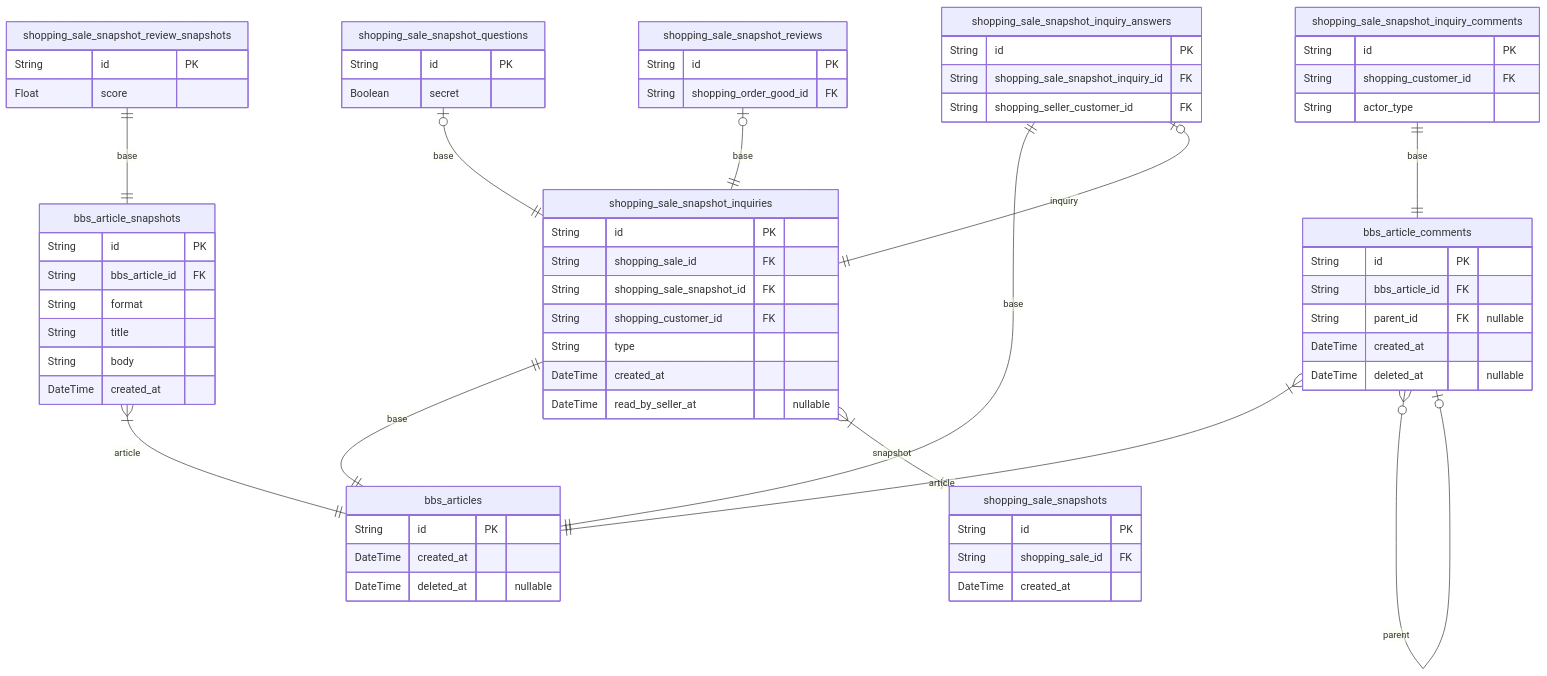
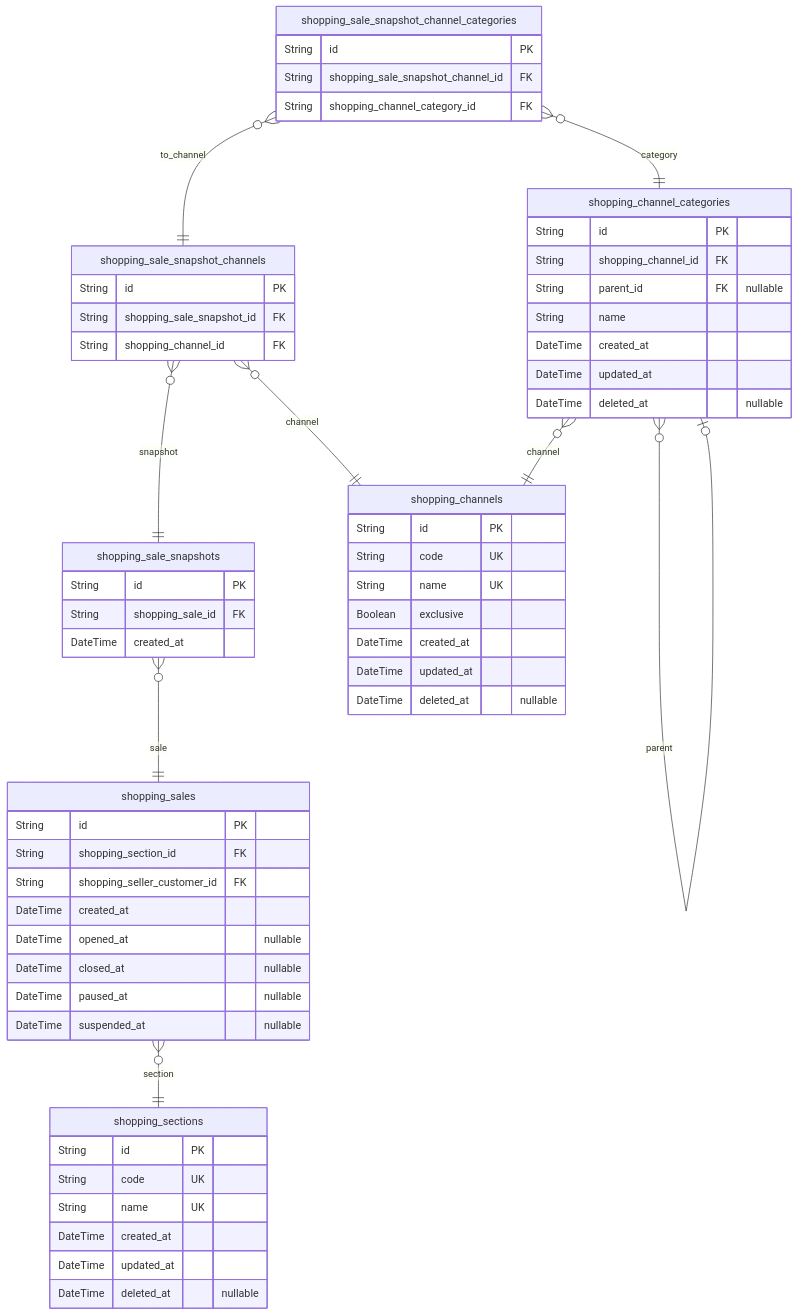
The second of 10 diagrams in docs/ERD.md (samchon/shopping-backend), drawn with Mermaid before and after one commit. The commit also changed other lines of this file and 75 other files, not shown here.

````diff
--- a/docs/ERD.md
+++ b/docs/ERD.md
@@ -235,70 +235,62 @@
 ```mermaid
 erDiagram
-"bbs_articles" {
+"shopping_channels" {
     String id PK
+    String code UK
+    String name UK
+    Boolean exclusive
     DateTime created_at
+    DateTime updated_at
     DateTime deleted_at "nullable"
 }
-"bbs_article_snapshots" {
+"shopping_channel_categories" {
     String id PK
-    String bbs_article_id FK
-    String format
-    String title
-    String body
+    String shopping_channel_id FK
+    String parent_id FK "nullable"
+    String name
     DateTime created_at
+    DateTime updated_at
+    DateTime deleted_at "nullable"
 }
-"bbs_article_comments" {
+"shopping_sections" {
     String id PK
-    String bbs_article_id FK
-    String parent_id FK "nullable"
+    String code UK
+    String name UK
     DateTime created_at
+    DateTime updated_at
     DateTime deleted_at "nullable"
+}
+"shopping_sales" {
+    String id PK
+    String shopping_section_id FK
+    String shopping_seller_customer_id FK
+    DateTime created_at
+    DateTime opened_at "nullable"
+    DateTime closed_at "nullable"
+    DateTime paused_at "nullable"
+    DateTime suspended_at "nullable"
 }
 "shopping_sale_snapshots" {
     String id PK
     String shopping_sale_id FK
     DateTime created_at
 }
-"shopping_sale_snapshot_inquiries" {
+"shopping_sale_snapshot_channels" {
     String id PK
-    String shopping_sale_id FK
     String shopping_sale_snapshot_id FK
-    String shopping_customer_id FK
-    String type
-    DateTime created_at
-    DateTime read_by_seller_at "nullable"
+    String shopping_channel_id FK
 }
-"shopping_sale_snapshot_questions" {
+"shopping_sale_snapshot_channel_categories" {
     String id PK
-    Boolean secret
+    String shopping_sale_snapshot_channel_id FK
+    String shopping_channel_category_id FK
 }
-"shopping_sale_snapshot_reviews" {
-    String id PK
-    String shopping_order_good_id FK
-}
-"shopping_sale_snapshot_review_snapshots" {
-    String id PK
-    Float score
-}
-"shopping_sale_snapshot_inquiry_answers" {
-    String id PK
-    String shopping_sale_snapshot_inquiry_id FK
-    String shopping_seller_customer_id FK
-}
-"shopping_sale_snapshot_inquiry_comments" {
-    String id PK
-    String shopping_customer_id FK
-    String actor_type
-}
-"bbs_article_snapshots" }|--|| "bbs_articles" : article
-"bbs_article_comments" }|--|| "bbs_articles" : article
-"bbs_article_comments" }o--o| "bbs_article_comments" : parent
-"shopping_sale_snapshot_inquiries" ||--|| "bbs_articles" : base
-"shopping_sale_snapshot_inquiries" }|--|| "shopping_sale_snapshots" : snapshot
-"shopping_sale_snapshot_questions" |o--|| "shopping_sale_snapshot_inquiries" : base
-"shopping_sale_snapshot_reviews" |o--|| "shopping_sale_snapshot_inquiries" : base
-"shopping_sale_snapshot_review_snapshots" ||--|| "bbs_article_snapshots" : base
-"shopping_sale_snapshot_inquiry_answers" ||--|| "bbs_articles" : base
-"shopping_sale_snapshot_inquiry_answers" |o--|| "shopping_sale_snapshot_inquiries" : inquiry
-"shopping_sale_snapshot_inquiry_comments" ||--|| "bbs_article_comments" : base
+"shopping_channel_categories" }o--|| "shopping_channels" : channel
+"shopping_channel_categories" }o--o| "shopping_channel_categories" : parent
+"shopping_sales" }o--|| "shopping_sections" : section
+"shopping_sale_snapshots" }o--|| "shopping_sales" : sale
+"shopping_sale_snapshot_channels" }o--|| "shopping_sale_snapshots" : snapshot
+"shopping_sale_snapshot_channels" }o--|| "shopping_channels" : channel
+"shopping_sale_snapshot_channel_categories" }o--|| "shopping_sale_snapshot_channels" : to_channel
+"shopping_sale_snapshot_channel_categories" }o--|| "shopping_channel_categories" : category
 ```
````
